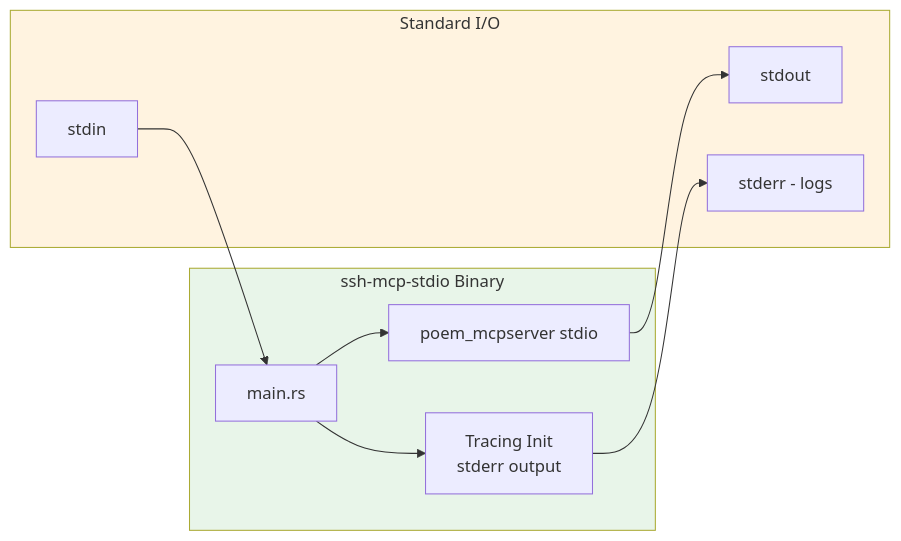
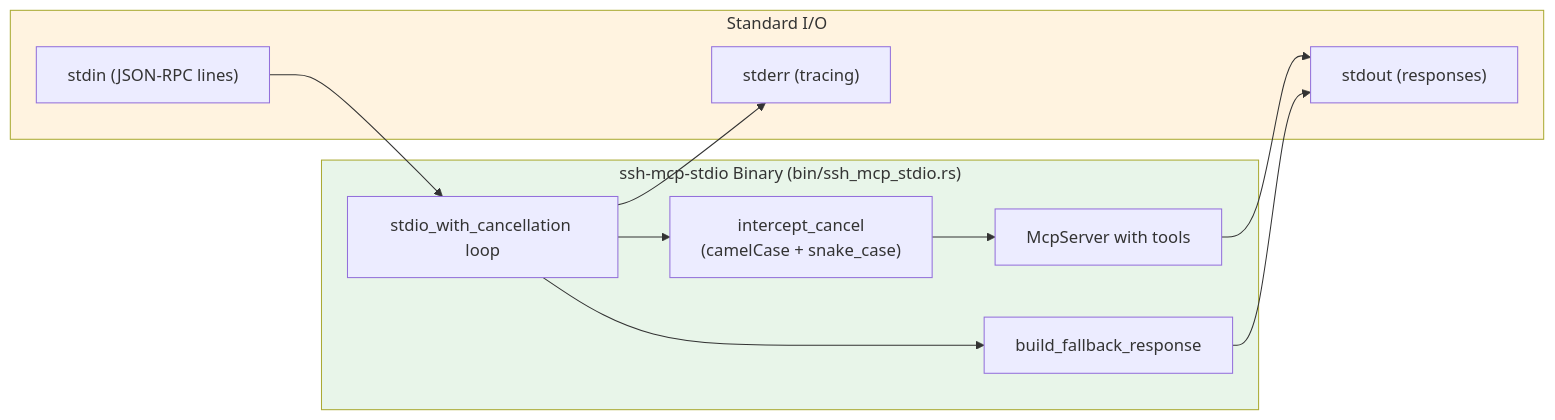
The tenth of 11 diagrams in docs/ARCHITECTURE.md (farchanjo/ssh-mcp), drawn with Mermaid before and after one commit. The commit also changed other lines of this file and 5 other files, not shown here.

````diff
--- a/docs/ARCHITECTURE.md
+++ b/docs/ARCHITECTURE.md
@@ -969,23 +781,26 @@
 ```mermaid
 flowchart LR
-    subgraph Binary["ssh-mcp-stdio Binary"]
-        Main["main.rs"]
-        TracingInit["Tracing Init<br/>stderr output"]
-        Stdio["poem_mcpserver stdio"]
+    subgraph Binary["ssh-mcp-stdio Binary (bin/ssh_mcp_stdio.rs)"]
+        Loop["stdio_with_cancellation loop"]
+        Interceptor["intercept_cancel<br/>(camelCase + snake_case)"]
+        Server["McpServer with tools"]
+        Fallback["build_fallback_response"]
     end
 
     subgraph IO["Standard I/O"]
-        STDIN["stdin"]
-        STDOUT["stdout"]
-        STDERR["stderr - logs"]
+        STDIN["stdin (JSON-RPC lines)"]
+        STDOUT["stdout (responses)"]
+        STDERR["stderr (tracing)"]
     end
 
-    STDIN --> Main
-    Main --> TracingInit
-    TracingInit --> STDERR
-    Main --> Stdio
-    Stdio --> STDOUT
+    STDIN --> Loop
+    Loop --> Interceptor
+    Interceptor --> Server
+    Loop --> Fallback
+    Server --> STDOUT
+    Fallback --> STDOUT
+    Loop --> STDERR
 
     style Binary fill:#e8f5e9
     style IO fill:#fff3e0
 ```
````
